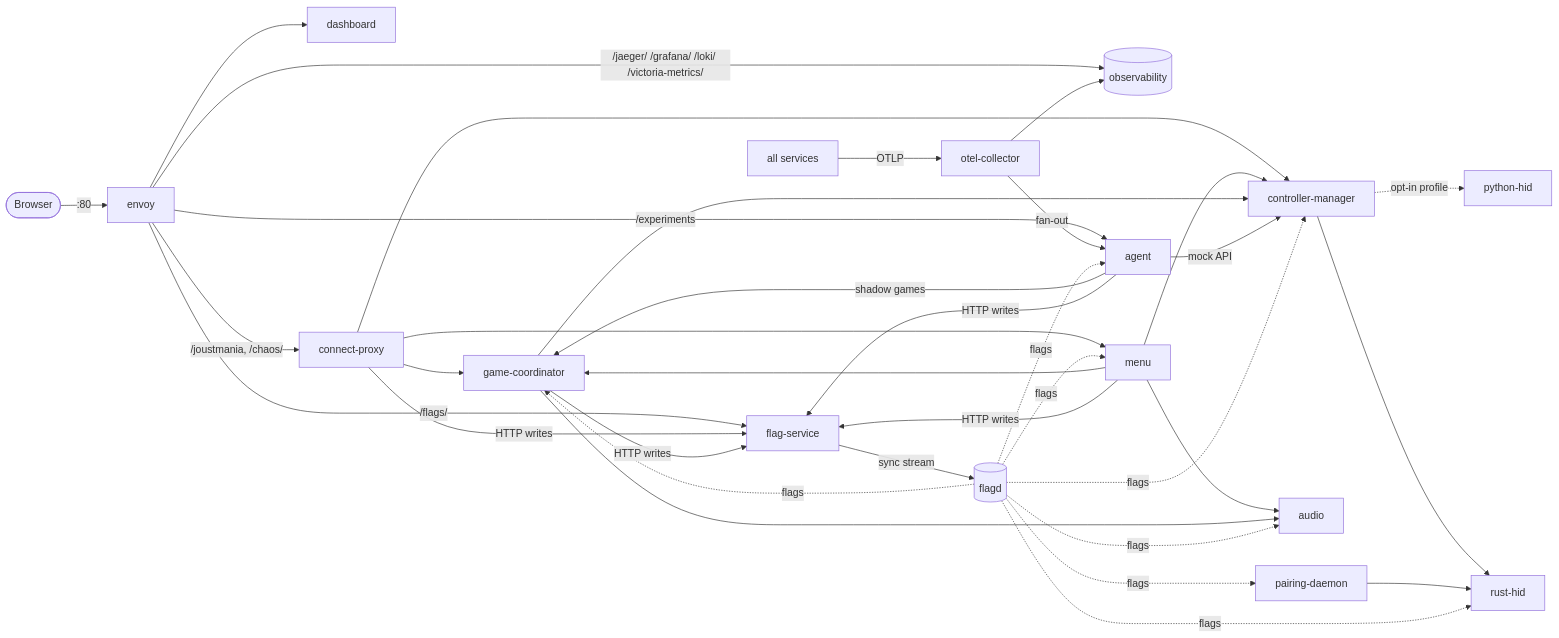
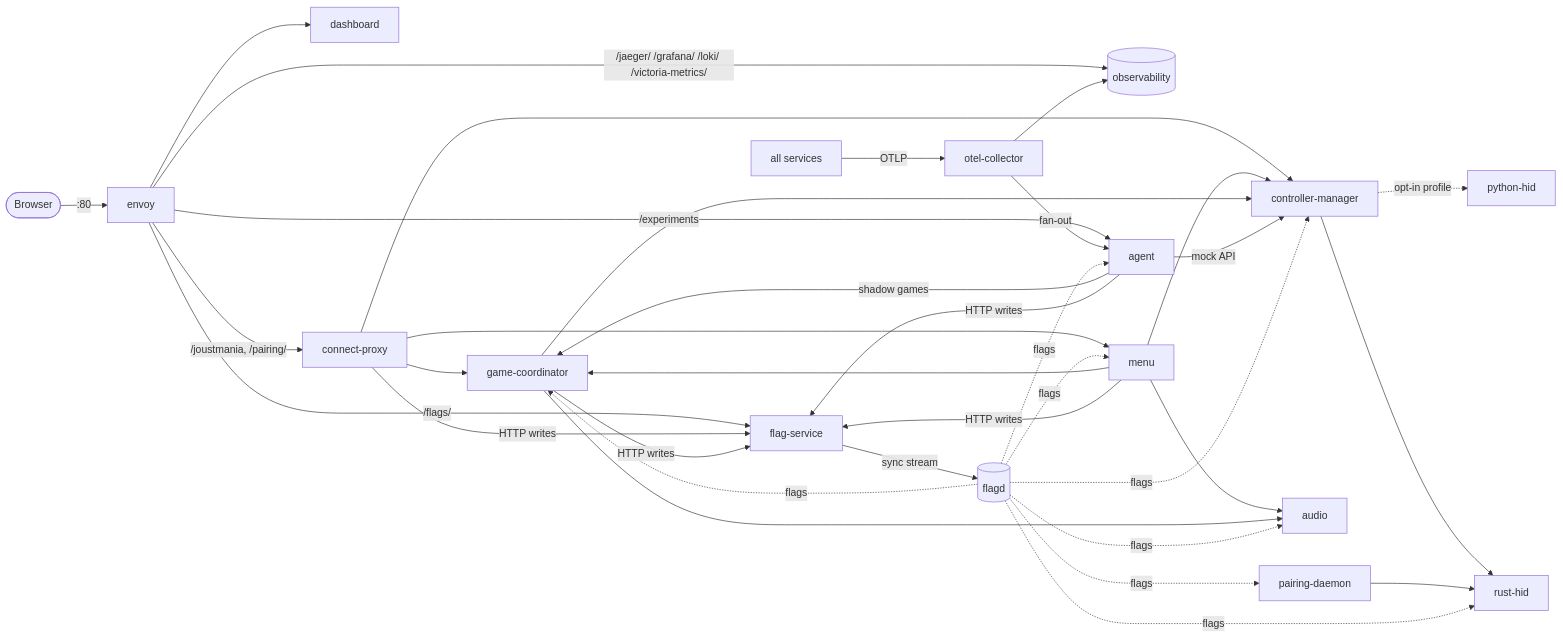
One commit to WatchMeJoustMyFlags/JoustMania changed the diagram in docs/specs/services.md. Above: the diagram before and after it, drawn with Mermaid. The commit also changed other lines of this file and 17 other files, not shown here.

````diff
--- a/docs/specs/services.md
+++ b/docs/specs/services.md
@@ -9,28 +9,28 @@
 ```mermaid
 flowchart LR
     browser([Browser]) -->|":80"| envoy
     envoy --> dashboard
-    envoy -->|/joustmania, /chaos/| cproxy[connect-proxy]
+    envoy -->|/joustmania, /pairing/| cproxy[connect-proxy]
     envoy -->|/jaeger/ /grafana/ /loki/ /victoria-metrics/| obs[(observability)]
     envoy -->|/experiments| agent
     cproxy --> cm[controller-manager]
     cproxy --> gc[game-coordinator]
     cproxy --> menu
     menu --> cm
     menu --> gc
     menu --> audio
     gc --> cm
     gc --> audio
     cm -. opt-in profile .-> phid[python-hid]
     cm --> rhid[rust-hid]
     pd[pairing-daemon] --> rhid
     agent -->|shadow games| gc
     agent -->|mock API| cm
     services_all[all services] -->|OTLP| otel[otel-collector]
     otel -->|fan-out| agent
     otel --> obs
     flagd[(flagd)] -.flags.-> cm & gc & menu & audio & pd & agent & rhid
     envoy -->|/flags/| fsvc[flag-service]
     fsvc -->|sync stream| flagd
     agent & menu & cproxy & gc -->|HTTP writes| fsvc
 ```
````
